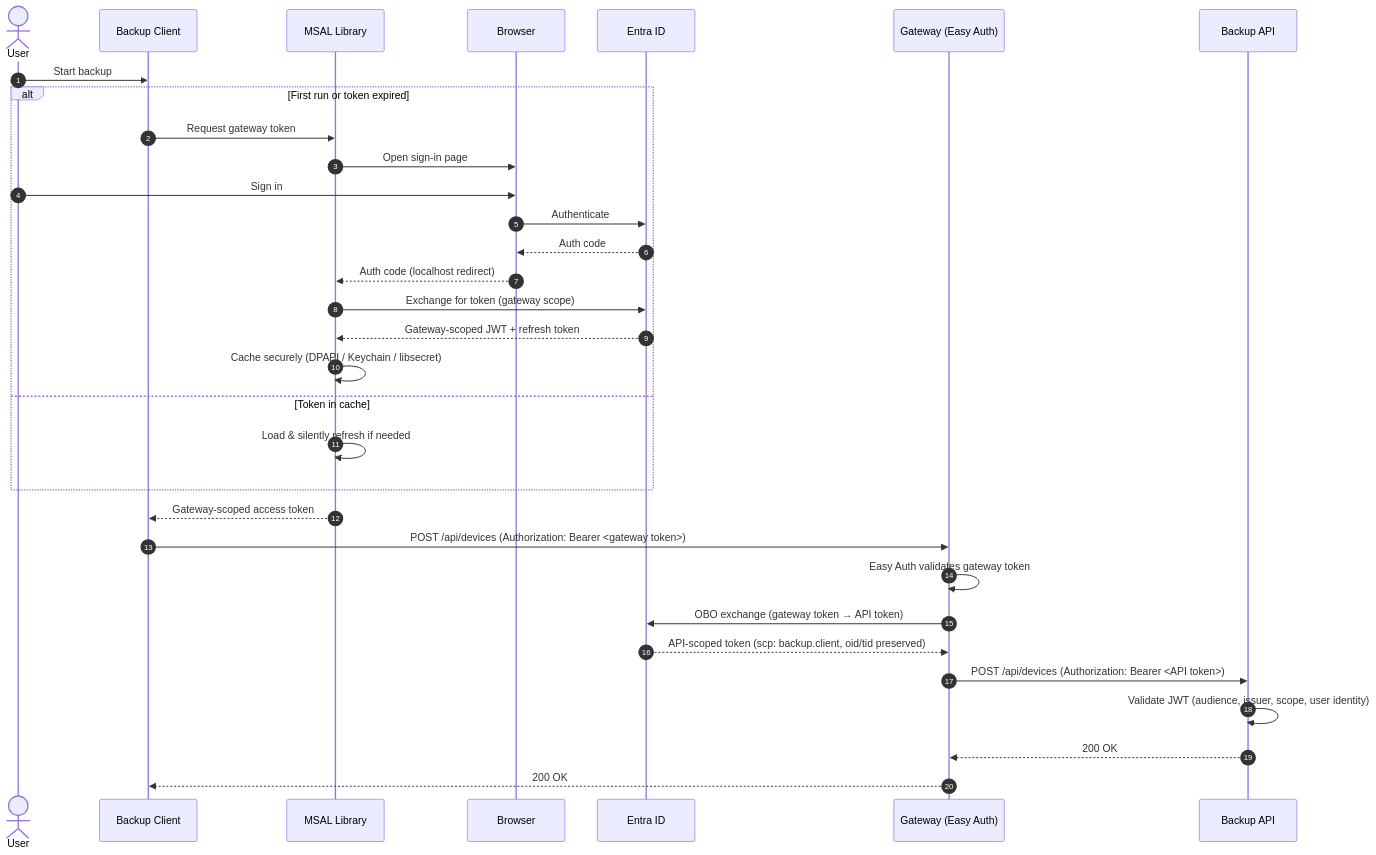
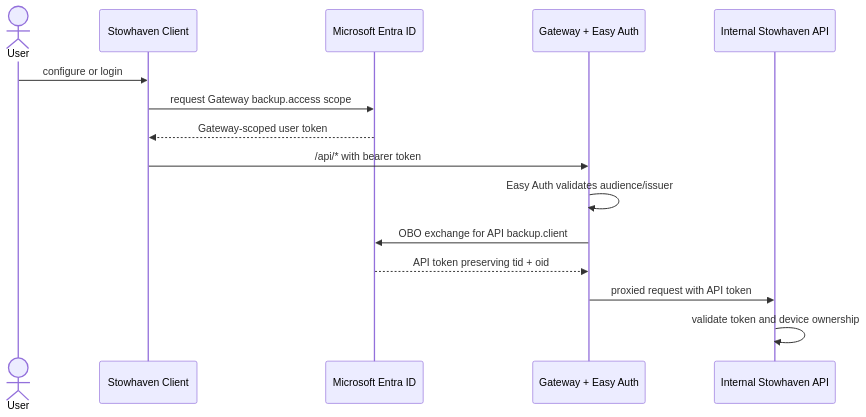
The diagram in doc/AUTHENTICATION.md (FlorisDeVries/stowhaven), drawn with Mermaid before and after one commit. The commit also changed other lines of this file and 42 other files, not shown here.

````diff
--- a/doc/AUTHENTICATION.md
+++ b/doc/AUTHENTICATION.md
@@ -23,37 +5,18 @@
 ```mermaid
 sequenceDiagram
-    autonumber
     actor User
-    participant Client as Backup Client
-    participant MSAL as MSAL Library
-    participant Browser
-    participant Entra as Entra ID
-    participant GW as Gateway (Easy Auth)
-    participant API as Backup API
+    participant Client as Stowhaven Client
+    participant Entra as Microsoft Entra ID
+    participant Gateway as Gateway + Easy Auth
+    participant API as Internal Stowhaven API
 
-    User->>Client: Start backup
-
-    alt First run or token expired
-        Client->>MSAL: Request gateway token
-        MSAL->>Browser: Open sign-in page
-        User->>Browser: Sign in
-        Browser->>Entra: Authenticate
-        Entra-->>Browser: Auth code
-        Browser-->>MSAL: Auth code (localhost redirect)
-        MSAL->>Entra: Exchange for token (gateway scope)
-        Entra-->>MSAL: Gateway-scoped JWT + refresh token
-        MSAL->>MSAL: Cache securely (DPAPI / Keychain / libsecret)
-    else Token in cache
-        MSAL->>MSAL: Load & silently refresh if needed
-    end
-
-    MSAL-->>Client: Gateway-scoped access token
-    Client->>GW: POST /api/devices (Authorization: Bearer <gateway token>)
-    GW->>GW: Easy Auth validates gateway token
-    GW->>Entra: OBO exchange (gateway token → API token)
-    Entra-->>GW: API-scoped token (scp: backup.client, oid/tid preserved)
-    GW->>API: POST /api/devices (Authorization: Bearer <API token>)
-    API->>API: Validate JWT (audience, issuer, scope, user identity)
-    API-->>GW: 200 OK
-    GW-->>Client: 200 OK
+    User->>Client: configure or login
+    Client->>Entra: request Gateway backup.access scope
+    Entra-->>Client: Gateway-scoped user token
+    Client->>Gateway: /api/* with bearer token
+    Gateway->>Gateway: Easy Auth validates audience/issuer
+    Gateway->>Entra: OBO exchange for API backup.client
+    Entra-->>Gateway: API token preserving tid + oid
+    Gateway->>API: proxied request with API token
+    API->>API: validate token and device ownership
 ```
````
